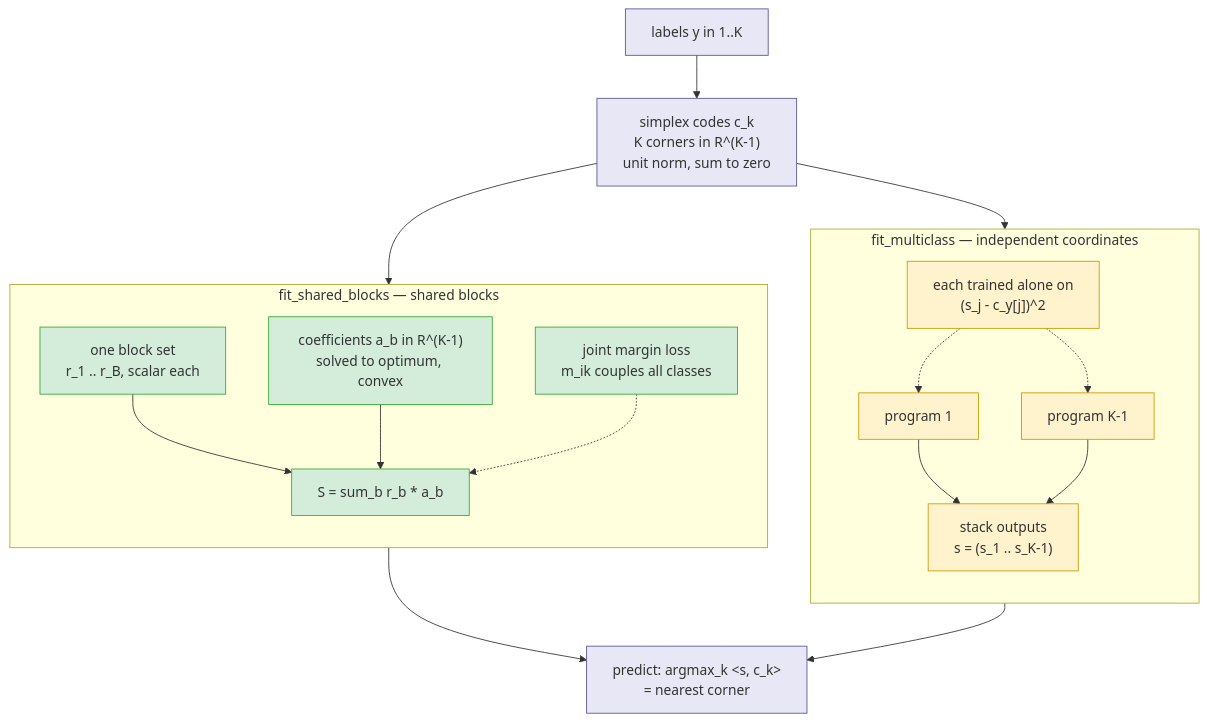
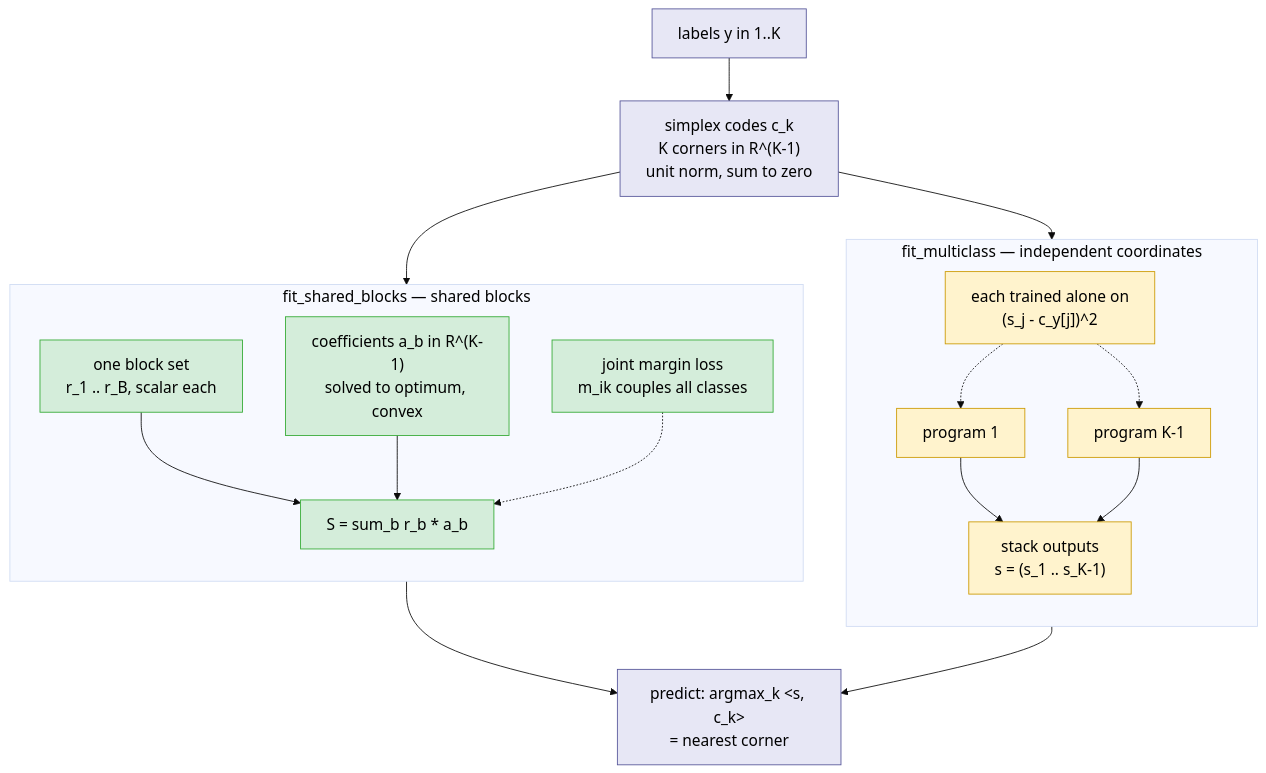
Before and after one commit to Narden91/slim_v2: the second of 2 diagrams in README.md, drawn with Mermaid. The commit also changed other lines of this file, not shown here.

Commit message:
docs: enhance mermaid diagrams with improved theme variables for better readability

````diff
--- a/README.md
+++ b/README.md
@@ -236,31 +237,32 @@
 ```mermaid
+%%{init: {'theme':'base', 'themeVariables': {'fontSize':'18px', 'primaryTextColor':'#000000', 'secondaryTextColor':'#000000', 'tertiaryTextColor':'#000000', 'textColor':'#000000'}}}%%
 flowchart TD
     Y["labels y in 1..K"] --> C["simplex codes c_k<br/>K corners in R^(K-1)<br/>unit norm, sum to zero"]
 
     subgraph IND ["fit_multiclass — independent coordinates"]
         direction TB
         I1["program 1"] --> IS["stack outputs<br/>s = (s_1 .. s_K-1)"]
         I2["program K-1"] --> IS
         IL["each trained alone on<br/>(s_j - c_y[j])^2"] -.-> I1
         IL -.-> I2
     end
 
     subgraph SHR ["fit_shared_blocks — shared blocks"]
         direction TB
         B["one block set<br/>r_1 .. r_B, scalar each"] --> M["S = sum_b r_b * a_b"]
         A["coefficients a_b in R^(K-1)<br/>solved to optimum, convex"] --> M
         JL["joint margin loss<br/>m_ik couples all classes"] -.-> M
     end
 
     C --> IND
     C --> SHR
     IS --> PRED["predict: argmax_k &lt;s, c_k&gt;<br/>= nearest corner"]
     M --> PRED
 
     classDef geom fill:#e7e7f5,stroke:#559
     classDef ind fill:#fff3cd,stroke:#c90
     classDef shr fill:#d4edda,stroke:#3a3
     class Y,C,PRED geom
     class I1,I2,IS,IL ind
     class B,A,M,JL shr
 ```
````
